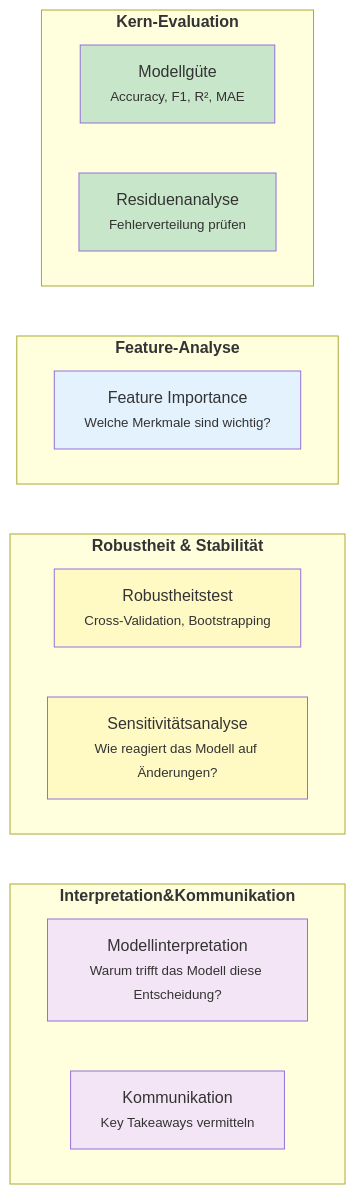
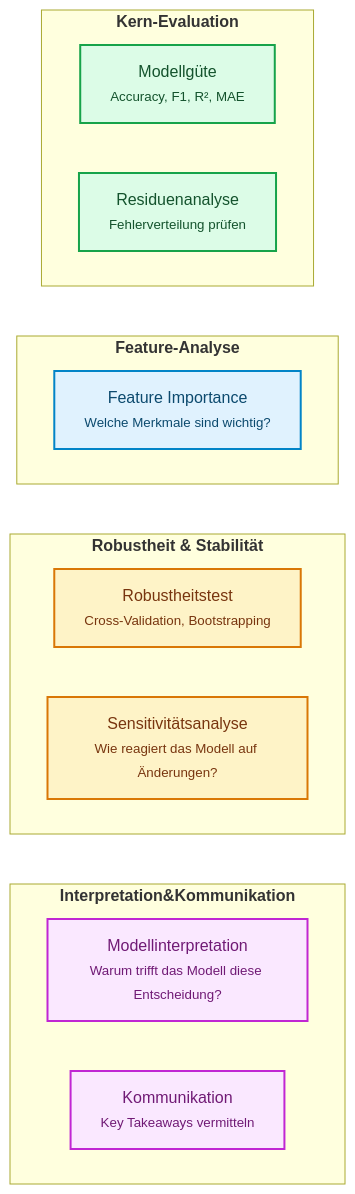
The second of 3 diagrams in docs/concepts/evaluate/bewertung_allgemein.md (ralf-42/ML_Intro), drawn with Mermaid before and after one commit. The commit also changed other lines of this file and 67 other files, not shown here.

````diff
--- a/docs/concepts/evaluate/bewertung_allgemein.md
+++ b/docs/concepts/evaluate/bewertung_allgemein.md
@@ -75,31 +75,31 @@
 ```mermaid
 flowchart TD
     subgraph core["<b>Kern-Evaluation"]
         G["Modellgüte<br/><small>Accuracy, F1, R², MAE</small>"]
         R["Residuenanalyse<br/><small>Fehlerverteilung prüfen</small>"]
     end
     
     subgraph features["<b>Feature-Analyse"]
         F["Feature Importance<br/><small>Welche Merkmale sind wichtig?</small>"]
     end
     
     subgraph robustness["<b>Robustheit & Stabilität"]
         RO["Robustheitstest<br/><small>Cross-Validation, Bootstrapping</small>"]
         S["Sensitivitätsanalyse<br/><small>Wie reagiert das Modell auf Änderungen?</small>"]
     end
     
     subgraph interpretation["<b>Interpretation&Kommunikation"]
         I["Modellinterpretation<br/><small>Warum trifft das Modell diese Entscheidung?</small>"]
         K["Kommunikation<br/><small>Key Takeaways vermitteln</small>"]
     end
     
     core ~~~ features ~~~ robustness ~~~ interpretation
-    
-    style G fill:#c8e6c9
-    style R fill:#c8e6c9
-    style F fill:#e3f2fd
-    style RO fill:#fff9c4
-    style S fill:#fff9c4
-    style I fill:#f3e5f5
-    style K fill:#f3e5f5
+
+    classDef default fill:#e0f2fe,stroke:#0284c7,stroke-width:2px,color:#0c4a6e;
+    classDef metric fill:#fef3c7,stroke:#d97706,stroke-width:2px,color:#78350f;
+    classDef output fill:#dcfce7,stroke:#16a34a,stroke-width:2px,color:#14532d;
+    classDef target fill:#fae8ff,stroke:#c026d3,stroke-width:2px,color:#701a75;
+    class RO,S metric;
+    class G,R output;
+    class I,K target;
 ```
````
